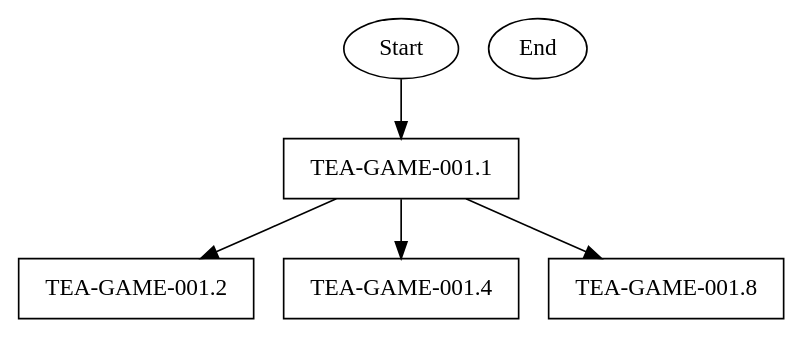
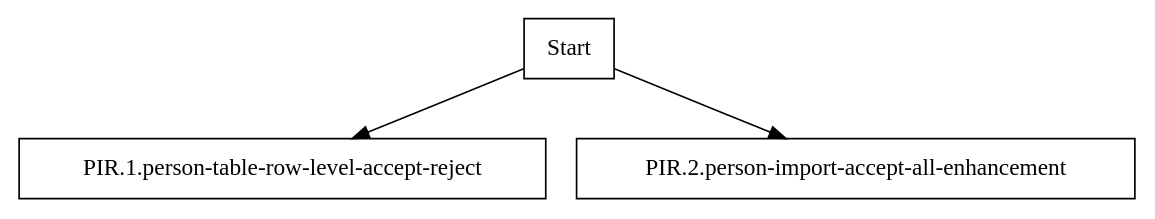
The third of 3 diagrams in docs/articles/writing-tea-with-tea.md (fabceolin/the_edge_agent), drawn with Graphviz before and after one commit. The commit also changed other lines of this file and 7 other files, not shown here.

````diff
--- a/docs/articles/writing-tea-with-tea.md
+++ b/docs/articles/writing-tea-with-tea.md
@@ -698,27 +561,15 @@
 ```dot
-digraph tea_game_001_development {
+digraph matter_import_resolution_workflow {
     rankdir=TB;
     node [shape=box];
 
-    Start [label="Start", shape=ellipse];
-    End [label="End", shape=ellipse];
+    // Use short labels like "PIR.1.person-table-row-level-accept-reject"
+    // NOT full paths like "/home/user/docs/stories/PIR.1.person-table..."
 
-    // Phase 1: Foundation
-    story_1 [label="TEA-GAME-001.1",
-             command="tea run examples/workflows/ralphy-develop.yaml
-                      --input '{\"source\": \"docs/stories/TEA-GAME-001.1.md\"}'"];
+    PIR_1 [label="PIR.1.person-table-row-level-accept-reject"];
+    PIR_2 [label="PIR.2.person-import-accept-all-enhancement"];
 
-    // Phase 2: Parallel development (3 stories simultaneously)
-    story_2 [label="TEA-GAME-001.2", command="tea run ..."];
-    story_4 [label="TEA-GAME-001.4", command="tea run ..."];
-    story_8 [label="TEA-GAME-001.8", command="tea run ..."];
-
-    Start -> story_1;
-    story_1 -> story_2;
-    story_1 -> story_4;
-    story_1 -> story_8;
-
-    // Each story gets fresh context via TEA subprocess
-    // No cross-contamination between implementations
+    Start -> PIR_1;
+    Start -> PIR_2;
 }
 ```
````
